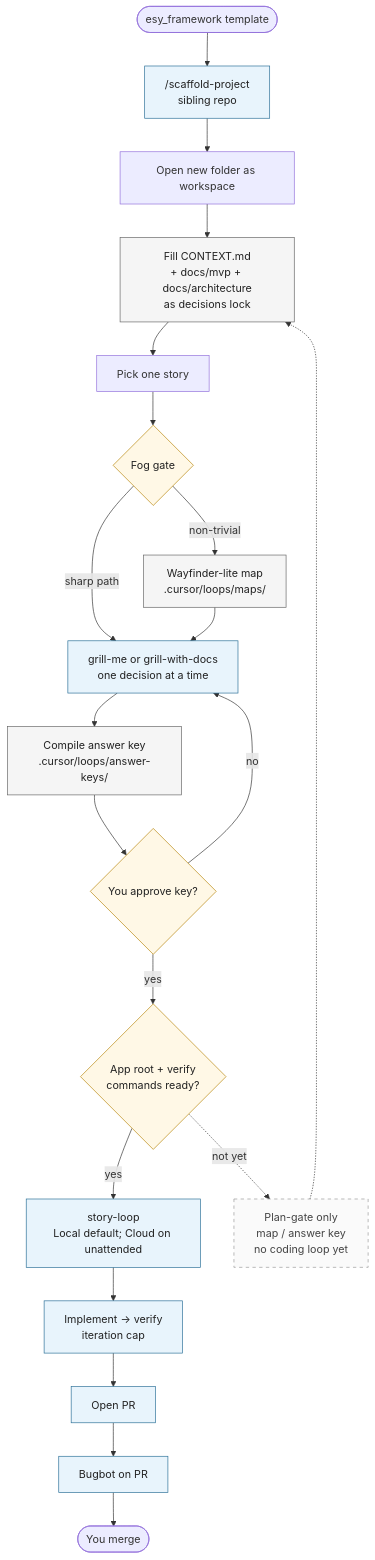
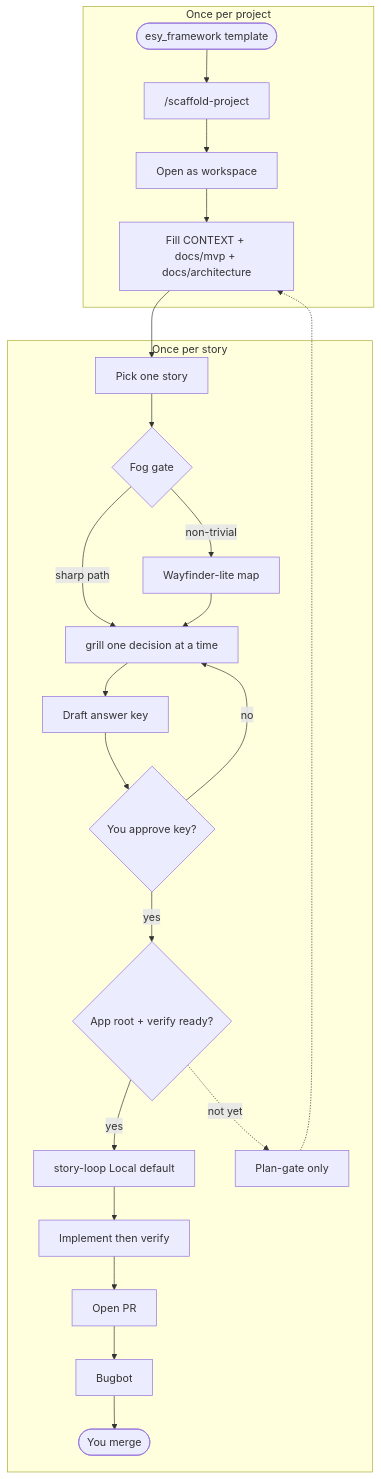
Before and after one commit to fukephp/esy_framework: the diagram in docs/diagrams/lifecycle.md, drawn with Mermaid. The commit also changed other lines of this file and 9 other files, not shown here.

Commit message:
Framework improvments tighten the story-loop contract

````diff
--- a/docs/diagrams/lifecycle.md
+++ b/docs/diagrams/lifecycle.md
@@ -7,34 +7,27 @@
 ```mermaid
 flowchart TD
-  start([esy_framework template]) --> scaffold["/scaffold-project<br/>sibling repo"]
-  scaffold --> open[Open new folder as workspace]
-  open --> lock["Fill CONTEXT.md<br/>+ docs/mvp + docs/architecture<br/>as decisions lock"]
-  lock --> pick[Pick one story]
-  pick --> fog{Fog gate}
-  fog -->|non-trivial| map["Wayfinder-lite map<br/>.cursor/loops/maps/"]
-  fog -->|sharp path| grill
-  map --> grill["grill-me or grill-with-docs<br/>one decision at a time"]
-  grill --> key["Compile answer key<br/>.cursor/loops/answer-keys/"]
-  key --> approve{You approve key?}
-  approve -->|no| grill
-  approve -->|yes| verify{App root + verify<br/>commands ready?}
+  subgraph oncePerProject [Once per project]
+    start([esy_framework template]) --> scaffold["/scaffold-project"]
+    scaffold --> open[Open as workspace]
+    open --> lock["Fill CONTEXT + docs/mvp + docs/architecture"]
+  end
 
-  verify -->|yes| loop["story-loop<br/>Local default; Cloud on unattended"]
-  loop --> impl["Implement → verify<br/>iteration cap"]
-  impl --> pr[Open PR]
-  pr --> bugbot[Bugbot on PR]
-  bugbot --> merge([You merge])
-
-  verify -.->|not yet| planOnly["Plan-gate only<br/>map / answer key<br/>no coding loop yet"]
-  planOnly -.-> lock
-
-  classDef artifact fill:#f5f5f5,stroke:#666,color:#222
-  classDef gate fill:#fff8e6,stroke:#b8860b,color:#222
-  classDef main fill:#e8f4fc,stroke:#2a6f97,color:#222
-  classDef dashed fill:#fafafa,stroke:#999,stroke-dasharray: 5 5,color:#444
-
-  class lock,map,key artifact
-  class fog,approve,verify gate
-  class scaffold,grill,loop,impl,pr,bugbot main
-  class planOnly dashed
+  subgraph oncePerStory [Once per story]
+    pick[Pick one story] --> fog{Fog gate}
+    fog -->|non-trivial| map[Wayfinder-lite map]
+    fog -->|sharp path| grill
+    map --> grill[grill one decision at a time]
+    grill --> key[Draft answer key]
+    key --> approve{You approve key?}
+    approve -->|no| grill
+    approve -->|yes| verify{App root + verify ready?}
+    verify -->|yes| loop[story-loop Local default]
+    loop --> impl[Implement then verify]
+    impl --> pr[Open PR]
+    pr --> bugbot[Bugbot]
+    bugbot --> merge([You merge])
+    verify -.->|not yet| planOnly[Plan-gate only]
+    planOnly -.-> lock
+    lock --> pick
+  end
 ```
````
